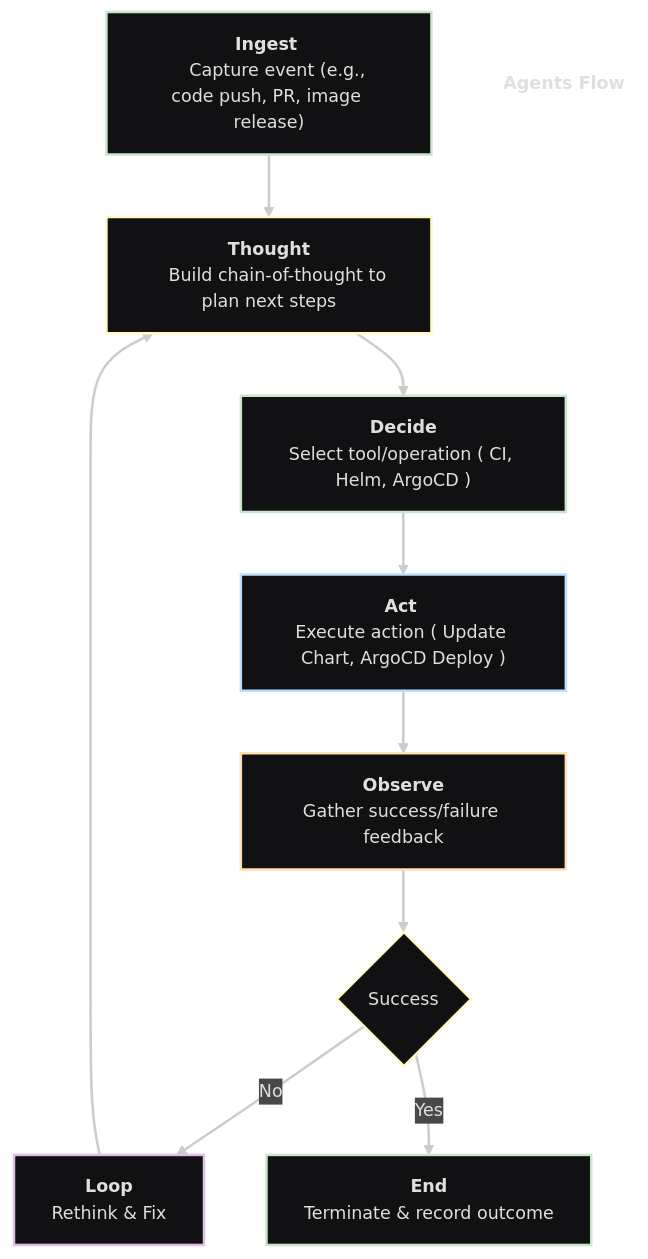
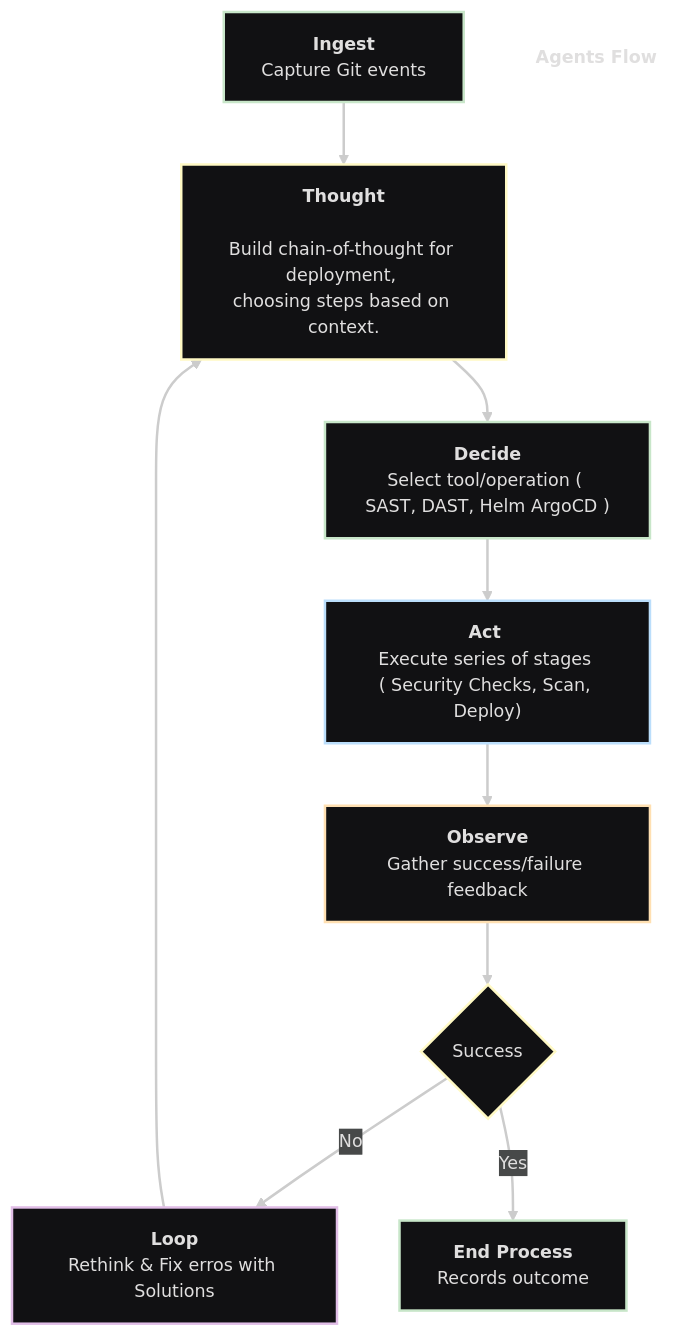
One commit to Selvadharini/AI-Builder-Training changed the diagram in workflow-and-agent-design/flowcharts/Agent_Mermaid_code.mmd. Above: the diagram before and after it, drawn with Mermaid. The commit also changed 10 other files, not shown here.

```diff
--- a/workflow-and-agent-design/flowcharts/Agent_Mermaid_code.mmd
+++ b/workflow-and-agent-design/flowcharts/Agent_Mermaid_code.mmd
@@ -1,26 +1,26 @@
 ---
 config:
   layout: fixed
   theme: redux-dark
 ---
 flowchart TB
     A["<b>Ingest</b> 
-    Capture event (e.g., code push, PR, image release)"] --> B["<b>Thought</b>
-    Build chain-of-thought to plan next steps"]
-    B --> C["<b>Decide</b><br>Select tool/operation ( CI, Helm, ArgoCD )"]
-    C --> D["<b>Act</b> <br>Execute action ( Update Chart, ArgoCD Deploy )"]
+    Capture Git events"] --> B["<b>Thought</b>
+<br>Build chain-of-thought for deployment, <br>choosing steps based on context.<br>"]
+    B --> C["<b>Decide</b><br>Select tool/operation ( SAST, DAST, Helm ArgoCD )"]
+    C --> D["<b>Act</b> <br>Execute series of stages <br>( Security Checks, Scan, Deploy)"]
     D --> E["<b>Observe</b><br>Gather success/failure feedback"]
     E --> F{"Success"}
-    F -- No --> G["<b>Loop</b><br>Rethink &amp; Fix"]
+    F -- No --> G["<b>Loop</b><br>Rethink &amp; Fix erros with Solutions"]
     G --> B
-    F -- Yes --> H["<b>End</b><br>Terminate &amp; record outcome"]
+    F -- Yes --> H["<b>End Process</b><br>Records outcome"]
     n1["<b>Agents Flow</b>"]
     n1@{ shape: text}
     style A stroke:#C8E6C9
     style B stroke:#FFF9C4
     style C stroke:#C8E6C9
     style D stroke:#BBDEFB
     style E stroke:#FFE0B2
     style F stroke:#FFF9C4
     style G stroke:#E1BEE7
     style H stroke:#C8E6C9
```
